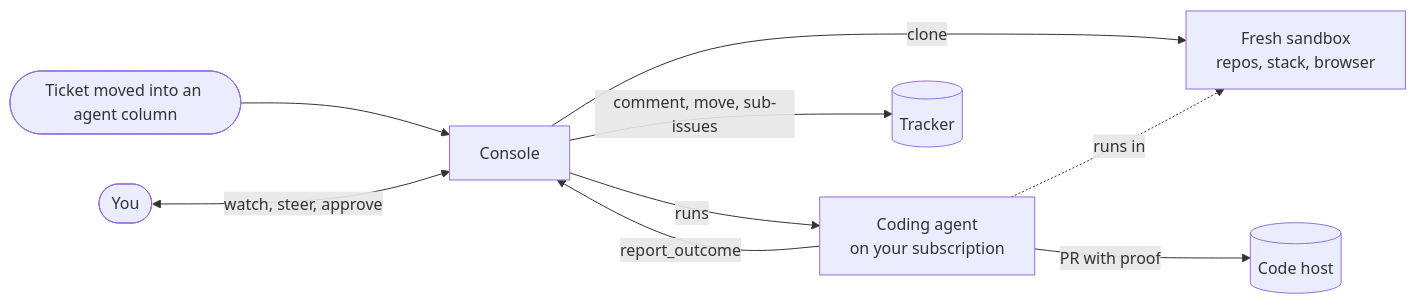
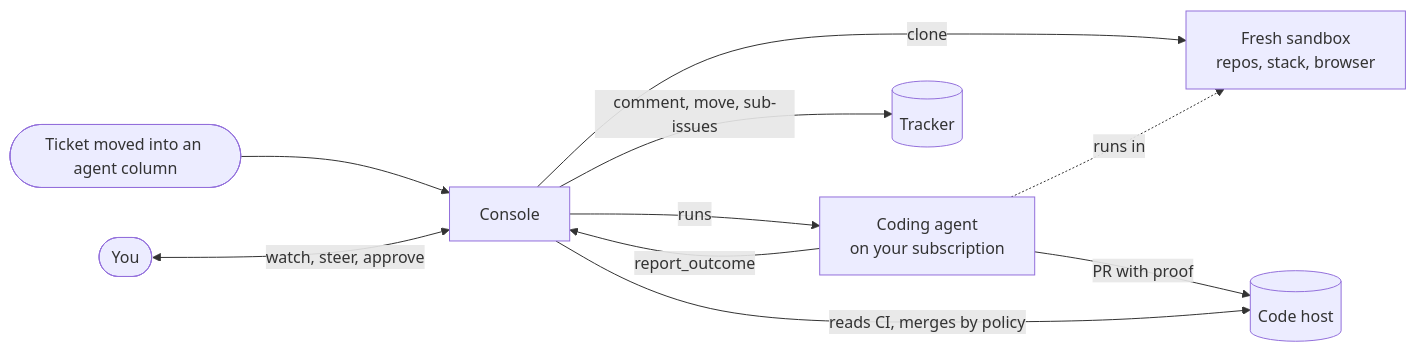
The diagram in README.md (alairock/agent-console-spec), drawn with Mermaid before and after one commit. The commit also changed other lines of this file and 16 other files, not shown here.

````diff
--- a/README.md
+++ b/README.md
@@ -19,11 +19,12 @@
 ```mermaid
 flowchart LR
   T([Ticket moved into an agent column]) --> C[Console]
   C -->|clone| S[Fresh sandbox<br/>repos, stack, browser]
   C -->|runs| A[Coding agent<br/>on your subscription]
   A -.runs in.-> S
   A -->|report_outcome| C
   C -->|comment, move, sub-issues| T2[(Tracker)]
   A -->|PR with proof| G[(Code host)]
+  C -->|reads CI, merges by policy| G
   You([You]) <-->|watch, steer, approve| C
 ```
````
